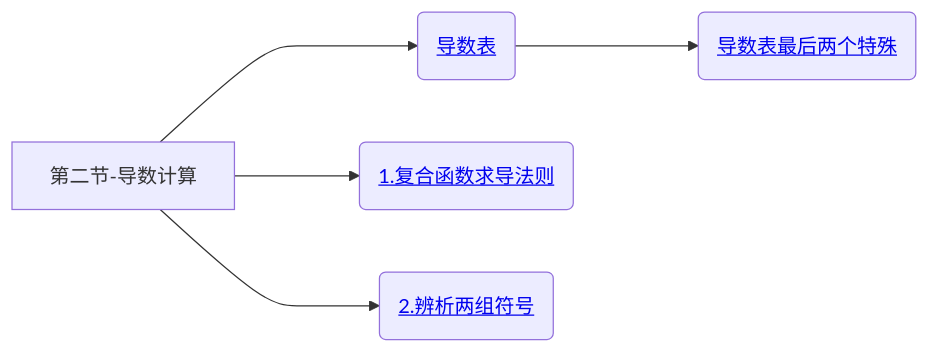
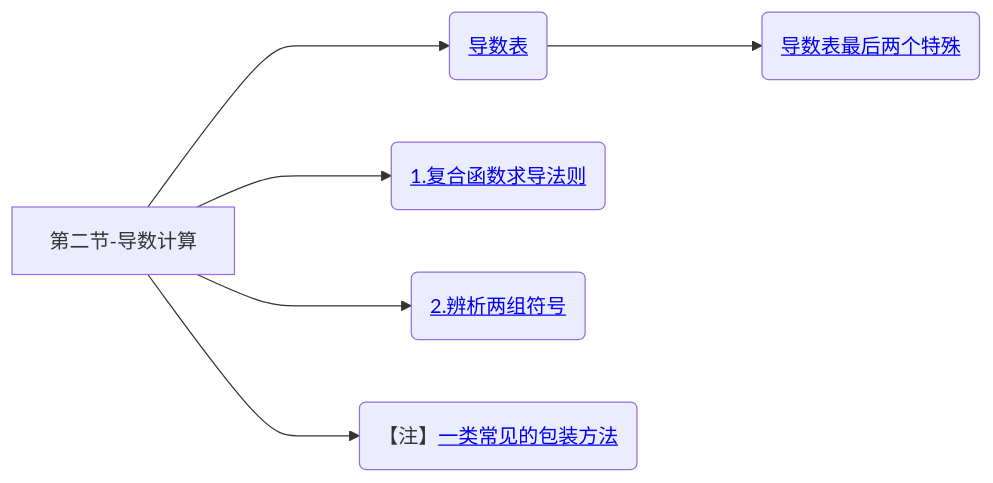
Diagram 12 of 12 in 笔记/数学/周洋鑫/01.基础班思维导图.md (yuebinghui/note), drawn with Mermaid before and after one commit. The commit also changed 8 other files, not shown here.

````diff
--- a/笔记/数学/周洋鑫/01.基础班思维导图.md
+++ b/笔记/数学/周洋鑫/01.基础班思维导图.md
@@ -454,10 +454,12 @@
 ```mermaid
 graph LR
 第二节-导数计算
 
 第二节-导数计算--->导数表(<a href="/Users/yuebinghui/Documents/program/github/note/笔记/数学/周洋鑫/零基础提前学/11.1零基础核心考点精讲10-1.md#导数表-必须记住">导数表</>)
 导数表--->导数表最后两个特殊(<a href="/Users/yuebinghui/Documents/program/github/note/笔记/数学/周洋鑫/零基础提前学/11.1零基础核心考点精讲10-1.md#导数表最后两个特殊">导数表最后两个特殊</>)
 第二节-导数计算--->复合函数求导法则(<a href="/Users/yuebinghui/Documents/program/github/note/笔记/数学/周洋鑫/基础班/12.导数计算_1.md#复合函数求导法则">1.复合函数求导法则</>)
 第二节-导数计算--->2.辨析两组符号(<a href="/Users/yuebinghui/Documents/program/github/note/笔记/数学/周洋鑫/基础班/12.导数计算_1.md#2.辨析两组符号">2.辨析两组符号</>)
 
+第二节-导数计算--->一类常见的包装方法(【注】<a href="/Users/yuebinghui/Documents/program/github/note/笔记/数学/周洋鑫/基础班/12.导数计算_1.md#一类常见的包装方法">一类常见的包装方法</>)
+
 ```
````
